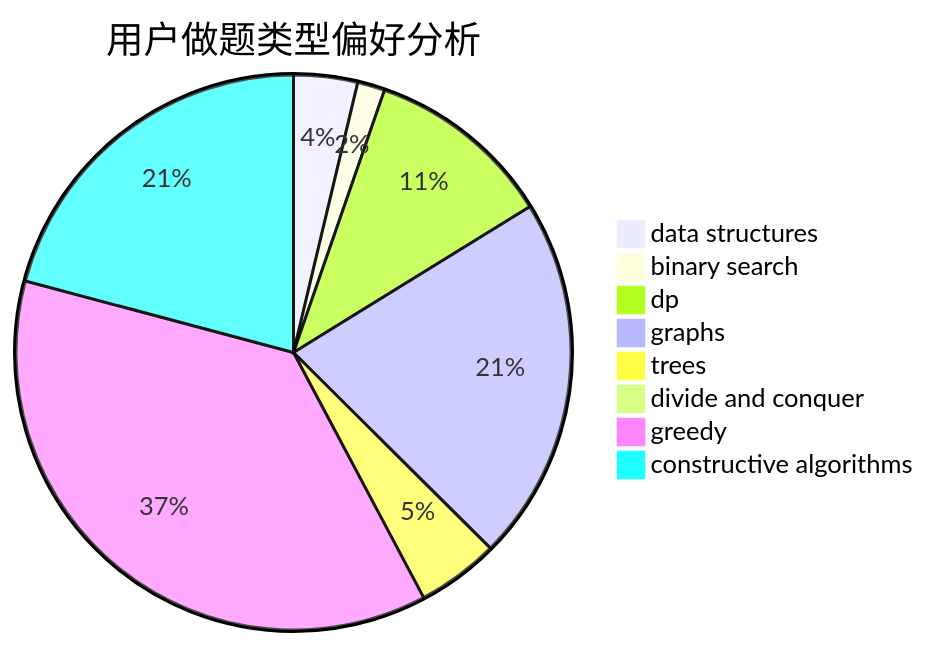
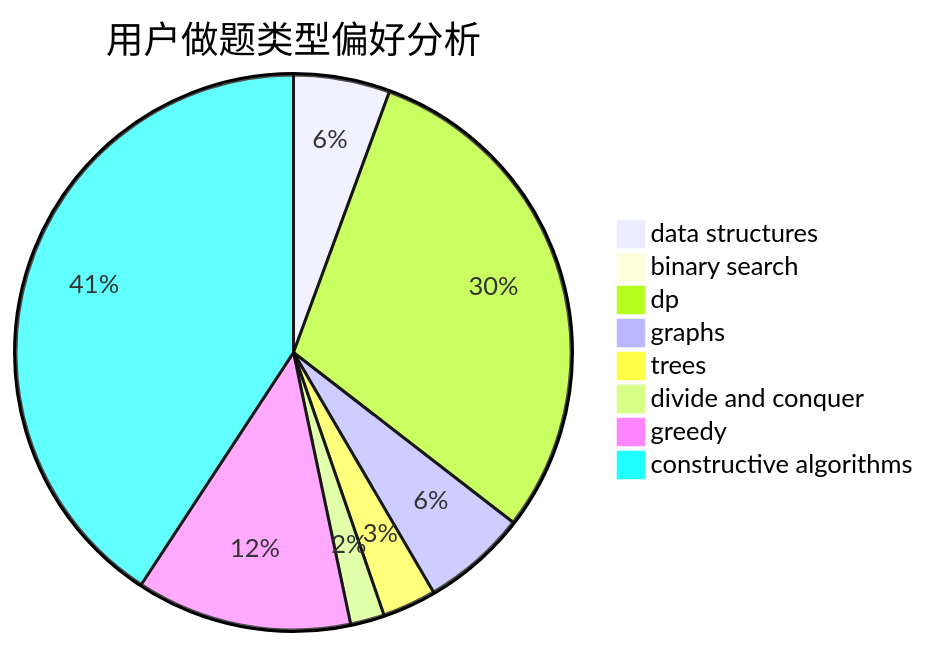
One commit to sherpahu/cfrs.github.io changed the second of 3 diagrams in docs/user/u1609.md. Above: the diagram before and after it, drawn with Mermaid. The commit also changed other lines of this file and 2770 other files, not shown here.

````diff
--- a/docs/user/u1609.md
+++ b/docs/user/u1609.md
@@ -23,11 +23,11 @@
 ```mermaid
 pie title 用户做题类型偏好分析
-    "data structures" :  28
-    "binary search" :  12
-    "dp" :  82
-    "graphs" :  160
-    "trees" :  36
-    "divide and conquer" :  1
-    "greedy" :  278
-    "constructive algorithms" :  157
+    "data structures" :  34
+    "binary search" :  3
+    "dp" :  181
+    "graphs" :  37
+    "trees" :  19
+    "divide and conquer" :  12
+    "greedy" :  76
+    "constructive algorithms" :  247
 ```
````
